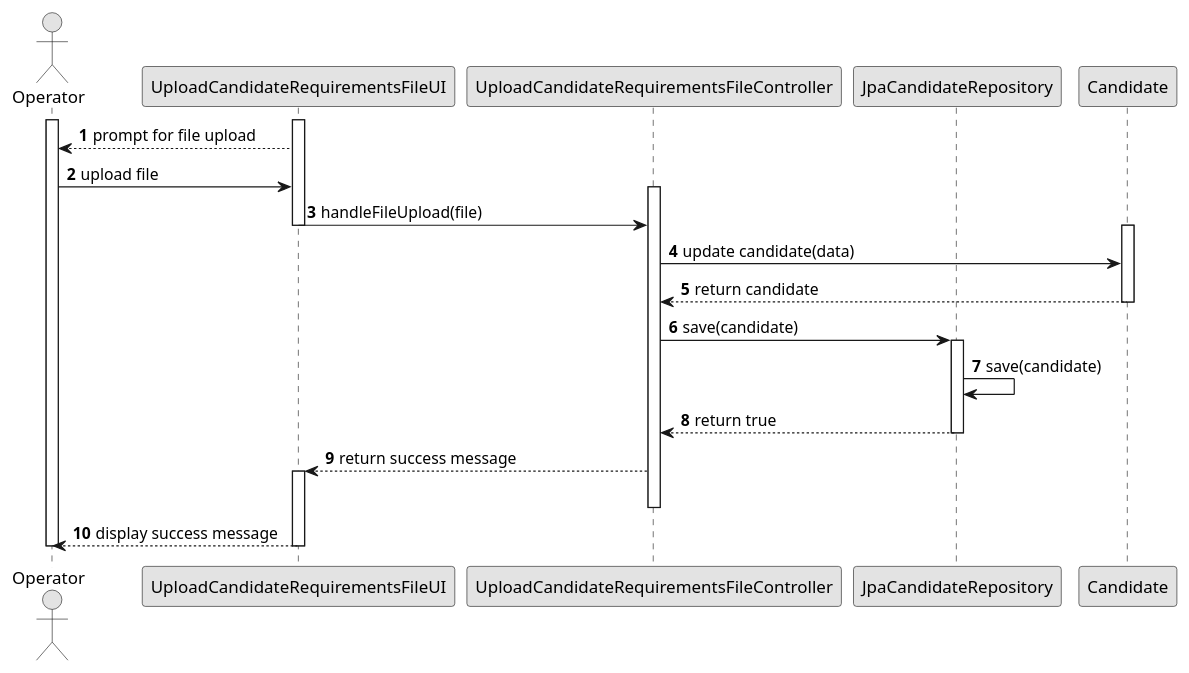
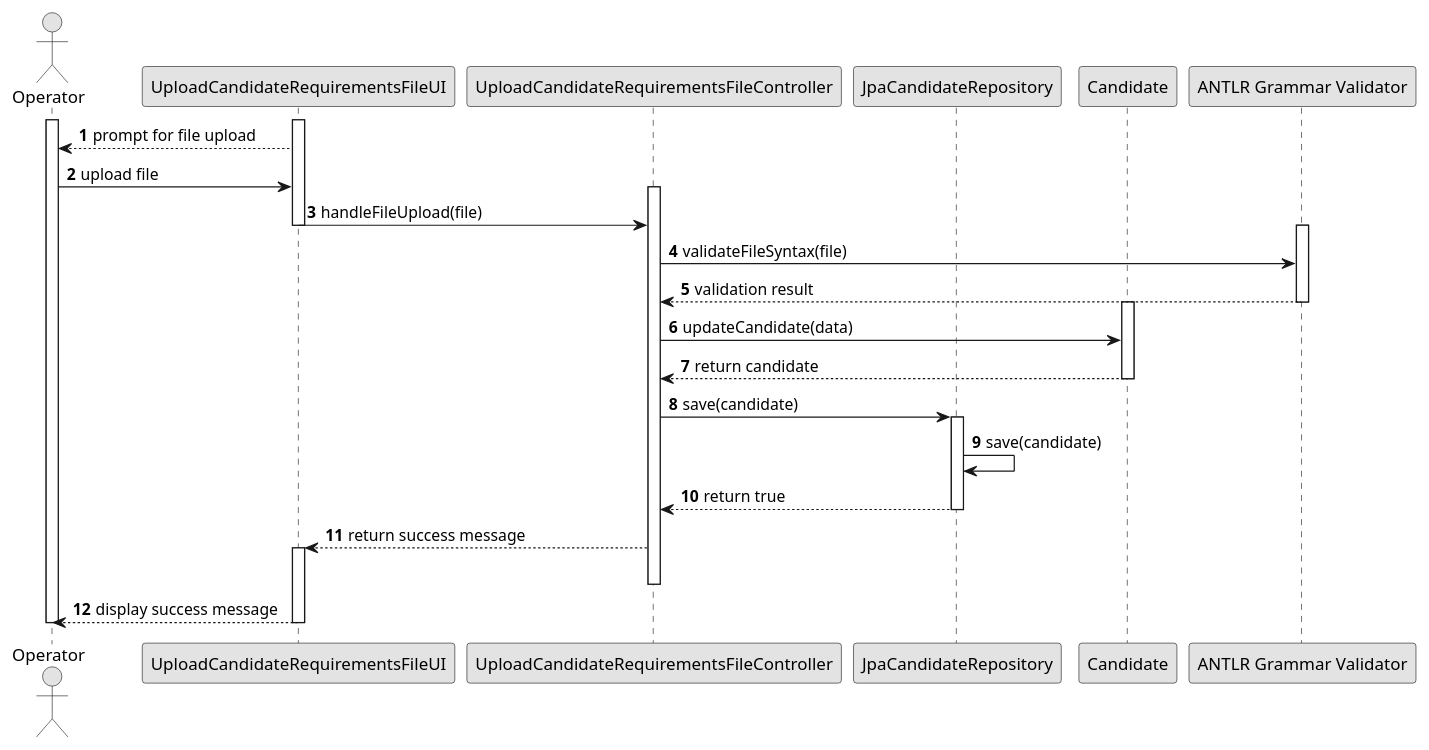
Before and after one commit to Goncalves2525/Jobs4U-Talent-Acquisition-Management-System: the diagram in docs/Sprint C/us_2004/sequence-diagram.puml, drawn with PlantUML. The commit also changed 4 other files, not shown here.

```diff
--- a/docs/Sprint C/us_2004/sequence-diagram.puml
+++ b/docs/Sprint C/us_2004/sequence-diagram.puml
@@ -1,37 +1,42 @@
 @startuml
 skinparam monochrome true
 skinparam packageStyle rectangle
 skinparam shadowing false
 
 autonumber
 
 actor "Operator" as OP
 participant "UploadCandidateRequirementsFileUI" as UI
 participant "UploadCandidateRequirementsFileController" as CTRL
 participant "JpaCandidateRepository" as CREPO
 participant "Candidate" as CAND
+participant "ANTLR Grammar Validator" as ANTLR
 
 activate OP
     activate UI
         UI --> OP : prompt for file upload
         OP -> UI : upload file
         activate CTRL
             UI -> CTRL : handleFileUpload(file)
             deactivate UI
+            activate ANTLR
+                CTRL -> ANTLR : validateFileSyntax(file)
+                ANTLR --> CTRL : validation result
+                deactivate ANTLR
             activate CAND
-                CTRL -> CAND : update candidate(data)
+                CTRL -> CAND : updateCandidate(data)
                 CAND --> CTRL : return candidate
             deactivate CAND
             CTRL -> CREPO : save(candidate)
             activate CREPO
                 CREPO -> CREPO : save(candidate)
                 CREPO --> CTRL : return true
             deactivate CREPO
             CTRL --> UI : return success message
             activate UI
         deactivate CTRL
         UI --> OP : display success message
     deactivate UI
 deactivate OP
 
 @enduml
```
